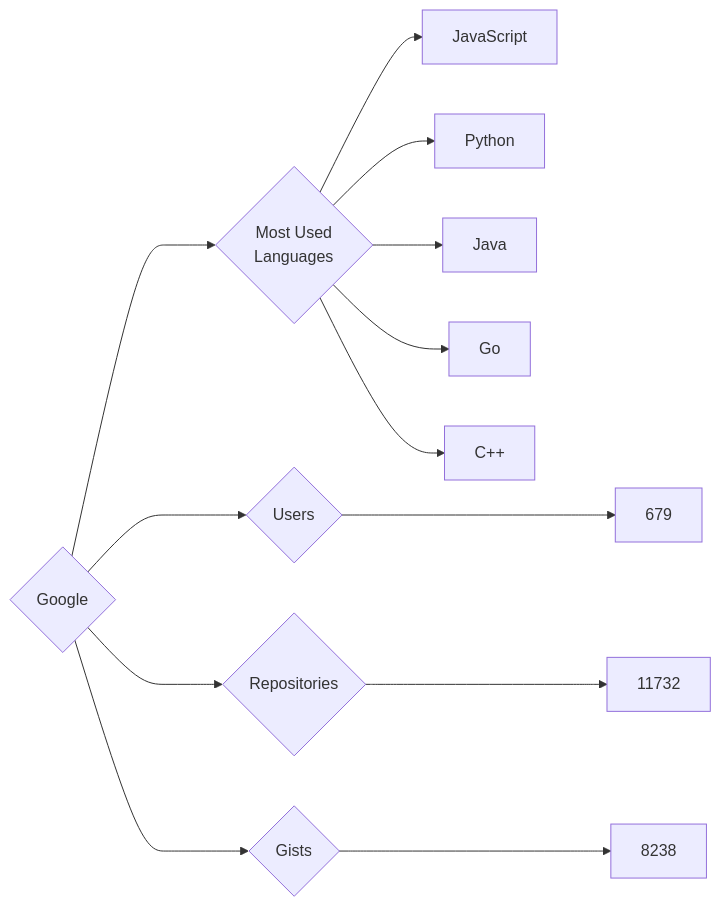
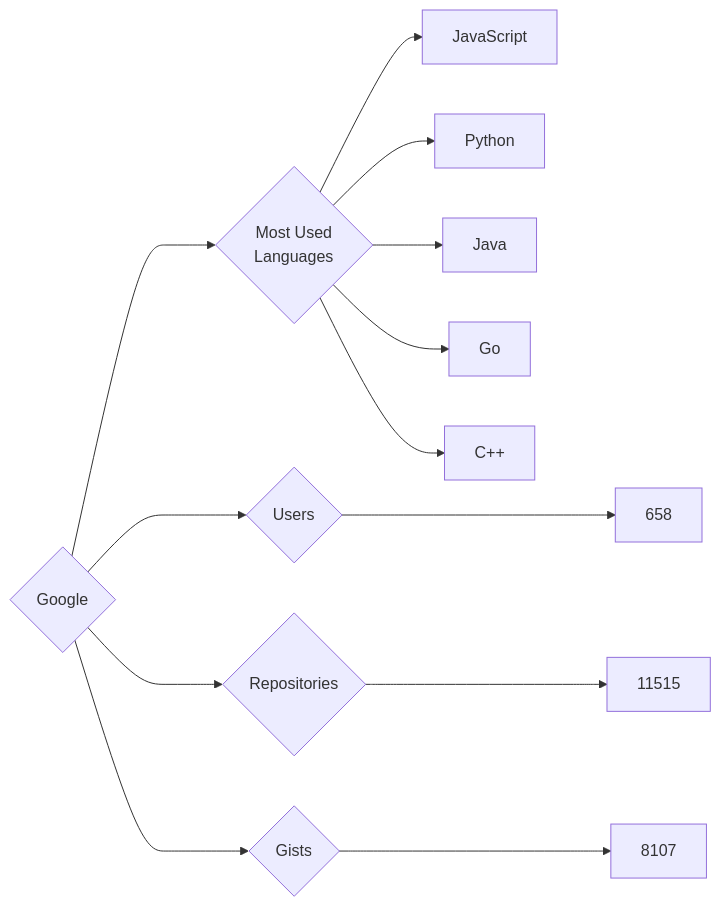
One commit to trickest/insiders changed the diagram in targets/Google/README.md. Above: the diagram before and after it, drawn with Mermaid. The commit also changed 569 other files, not shown here.

````diff
--- a/targets/Google/README.md
+++ b/targets/Google/README.md
@@ -3,13 +3,13 @@
 ```mermaid
 graph LR
 COMPANY_NAME{Google}
-COMPANY_NAME ---> U{Users} ---> UN[679]
-COMPANY_NAME ---> R{Repositories} ---> RN[11732]
-COMPANY_NAME ---> G{Gists} ---> GN[8238]
+COMPANY_NAME ---> U{Users} ---> UN[658]
+COMPANY_NAME ---> R{Repositories} ---> RN[11515]
+COMPANY_NAME ---> G{Gists} ---> GN[8107]
 COMPANY_NAME ---> ML{Most Used<br>Languages}
 ML --> JavaScript[JavaScript]
 ML --> Python[Python]
 ML --> Java[Java]
 ML --> Go[Go]
 ML --> C++[C++]
 ```
````
